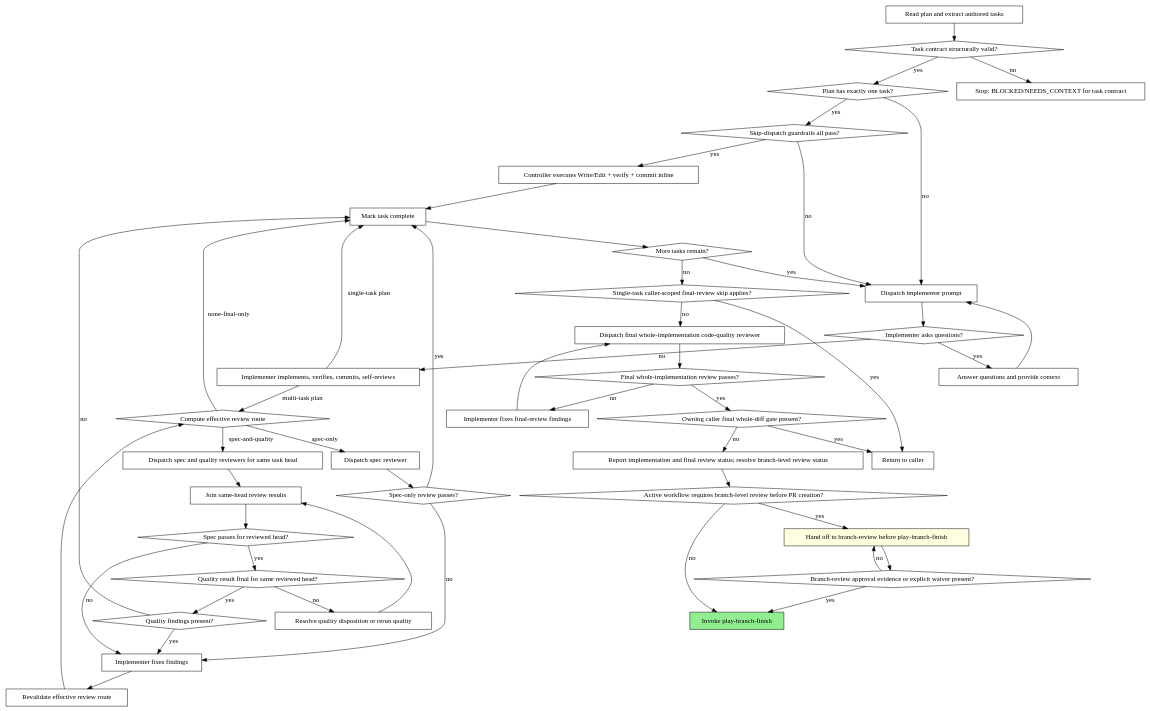
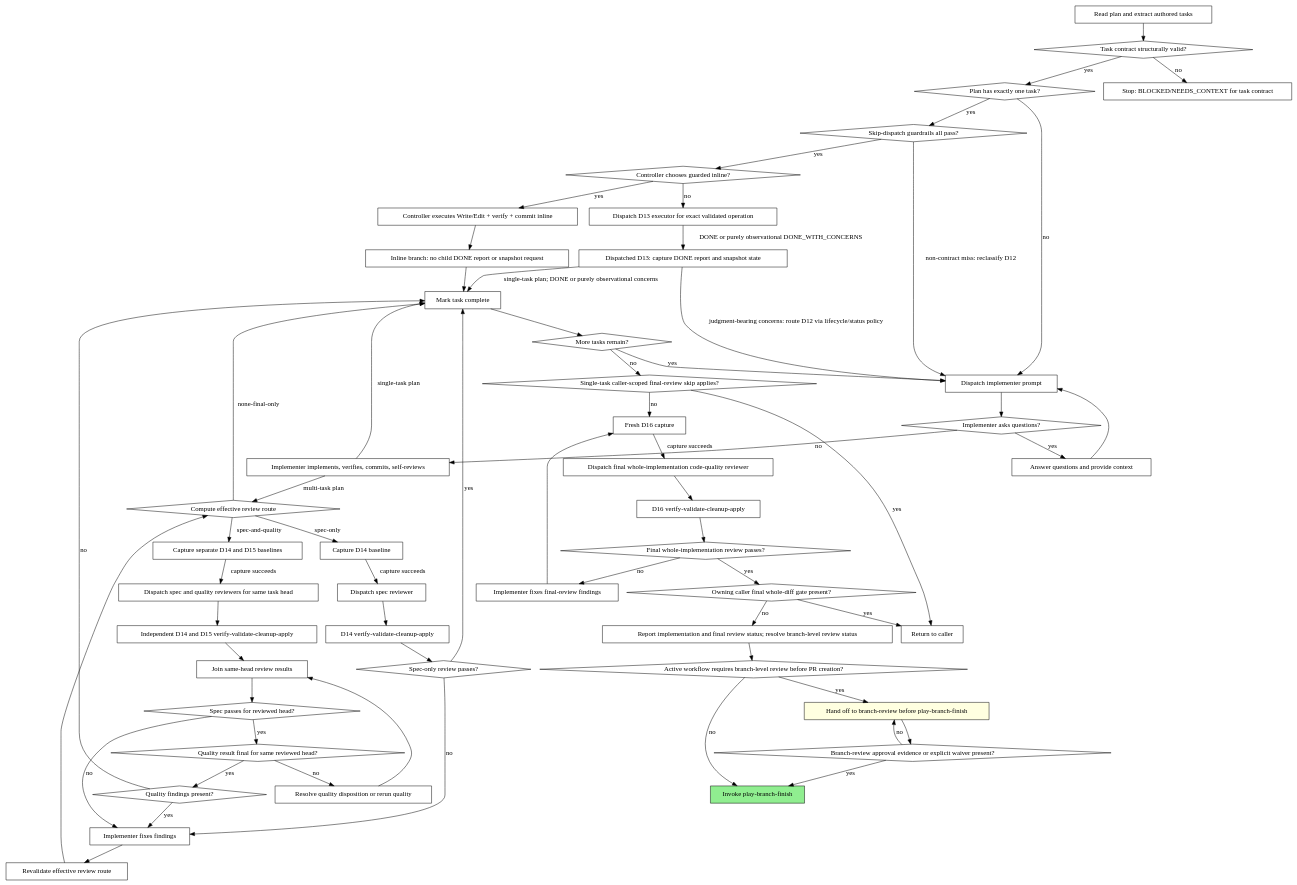
One commit to ryumiel/devcanon changed the second of 2 diagrams in skills/play-subagent-execution/references/process-diagrams.md. Above: the diagram before and after it, drawn with Graphviz. The commit also changed other lines of this file and 69 other files, not shown here.

```diff
--- a/skills/play-subagent-execution/references/process-diagrams.md
+++ b/skills/play-subagent-execution/references/process-diagrams.md
@@ -34,14 +36,22 @@
     "Task contract structurally valid?" [shape=diamond];
     "Plan has exactly one task?" [shape=diamond];
     "Skip-dispatch guardrails all pass?" [shape=diamond];
+    "Controller chooses guarded inline?" [shape=diamond];
     "Controller executes Write/Edit + verify + commit inline" [shape=box];
+    "Inline branch: no child DONE report or snapshot request" [shape=box];
+    "Dispatch D13 executor for exact validated operation" [shape=box];
+    "Dispatched D13: capture DONE report and snapshot state" [shape=box];
     "Dispatch implementer prompt" [shape=box];
     "Implementer asks questions?" [shape=diamond];
     "Answer questions and provide context" [shape=box];
     "Implementer implements, verifies, commits, self-reviews" [shape=box];
     "Compute effective review route" [shape=diamond];
     "Dispatch spec and quality reviewers for same task head" [shape=box];
+    "Capture separate D14 and D15 baselines" [shape=box];
+    "Independent D14 and D15 verify-validate-cleanup-apply" [shape=box];
+    "Capture D14 baseline" [shape=box];
     "Dispatch spec reviewer" [shape=box];
+    "D14 verify-validate-cleanup-apply" [shape=box];
     "Join same-head review results" [shape=box];
     "Spec-only review passes?" [shape=diamond];
     "Spec passes for reviewed head?" [shape=diamond];
@@ -54,6 +64,8 @@
     "More tasks remain?" [shape=diamond];
     "Single-task caller-scoped final-review skip applies?" [shape=diamond];
     "Dispatch final whole-implementation code-quality reviewer" [shape=box];
+    "Fresh D16 capture" [shape=box];
+    "D16 verify-validate-cleanup-apply" [shape=box];
     "Final whole-implementation review passes?" [shape=diamond];
     "Implementer fixes final-review findings" [shape=box];
     "Owning caller final whole-diff gate present?" [shape=diamond];
@@ -69,8 +81,10 @@
     "Task contract structurally valid?" -> "Stop: BLOCKED/NEEDS_CONTEXT for task contract" [label="no"];
     "Task contract structurally valid?" -> "Plan has exactly one task?" [label="yes"];
     "Plan has exactly one task?" -> "Skip-dispatch guardrails all pass?" [label="yes"];
-    "Skip-dispatch guardrails all pass?" -> "Controller executes Write/Edit + verify + commit inline" [label="yes"];
-    "Skip-dispatch guardrails all pass?" -> "Dispatch implementer prompt" [label="no"];
+    "Skip-dispatch guardrails all pass?" -> "Controller chooses guarded inline?" [label="yes"];
+    "Controller chooses guarded inline?" -> "Controller executes Write/Edit + verify + commit inline" [label="yes"];
+    "Controller chooses guarded inline?" -> "Dispatch D13 executor for exact validated operation" [label="no"];
+    "Skip-dispatch guardrails all pass?" -> "Dispatch implementer prompt" [label="non-contract miss: reclassify D12"];
     "Plan has exactly one task?" -> "Dispatch implementer prompt" [label="no"];
     "Dispatch implementer prompt" -> "Implementer asks questions?";
     "Implementer asks questions?" -> "Answer questions and provide context" [label="yes"];
@@ -78,11 +92,18 @@
     "Implementer asks questions?" -> "Implementer implements, verifies, commits, self-reviews" [label="no"];
     "Implementer implements, verifies, commits, self-reviews" -> "Mark task complete" [label="single-task plan"];
     "Implementer implements, verifies, commits, self-reviews" -> "Compute effective review route" [label="multi-task plan"];
-    "Compute effective review route" -> "Dispatch spec and quality reviewers for same task head" [label="spec-and-quality"];
-    "Compute effective review route" -> "Dispatch spec reviewer" [label="spec-only"];
+    "Dispatch D13 executor for exact validated operation" -> "Dispatched D13: capture DONE report and snapshot state" [label="DONE or purely observational DONE_WITH_CONCERNS"];
+    "Dispatched D13: capture DONE report and snapshot state" -> "Mark task complete" [label="single-task plan; DONE or purely observational concerns"];
+    "Dispatched D13: capture DONE report and snapshot state" -> "Dispatch implementer prompt" [label="judgment-bearing concerns: route D12 via lifecycle/status policy"];
+    "Compute effective review route" -> "Capture separate D14 and D15 baselines" [label="spec-and-quality"];
+    "Capture separate D14 and D15 baselines" -> "Dispatch spec and quality reviewers for same task head" [label="capture succeeds"];
+    "Dispatch spec and quality reviewers for same task head" -> "Independent D14 and D15 verify-validate-cleanup-apply";
+    "Independent D14 and D15 verify-validate-cleanup-apply" -> "Join same-head review results";
+    "Compute effective review route" -> "Capture D14 baseline" [label="spec-only"];
+    "Capture D14 baseline" -> "Dispatch spec reviewer" [label="capture succeeds"];
     "Compute effective review route" -> "Mark task complete" [label="none-final-only"];
-    "Dispatch spec and quality reviewers for same task head" -> "Join same-head review results";
-    "Dispatch spec reviewer" -> "Spec-only review passes?";
+    "Dispatch spec reviewer" -> "D14 verify-validate-cleanup-apply";
+    "D14 verify-validate-cleanup-apply" -> "Spec-only review passes?";
     "Join same-head review results" -> "Spec passes for reviewed head?";
     "Spec-only review passes?" -> "Implementer fixes findings" [label="no"];
     "Spec-only review passes?" -> "Mark task complete" [label="yes"];
@@ -95,15 +116,18 @@
     "Quality findings present?" -> "Mark task complete" [label="no"];
     "Implementer fixes findings" -> "Revalidate effective review route";
     "Revalidate effective review route" -> "Compute effective review route";
-    "Controller executes Write/Edit + verify + commit inline" -> "Mark task complete";
+    "Controller executes Write/Edit + verify + commit inline" -> "Inline branch: no child DONE report or snapshot request";
+    "Inline branch: no child DONE report or snapshot request" -> "Mark task complete";
     "Mark task complete" -> "More tasks remain?";
     "More tasks remain?" -> "Dispatch implementer prompt" [label="yes"];
     "More tasks remain?" -> "Single-task caller-scoped final-review skip applies?" [label="no"];
     "Single-task caller-scoped final-review skip applies?" -> "Return to caller" [label="yes"];
-    "Single-task caller-scoped final-review skip applies?" -> "Dispatch final whole-implementation code-quality reviewer" [label="no"];
-    "Dispatch final whole-implementation code-quality reviewer" -> "Final whole-implementation review passes?";
+    "Single-task caller-scoped final-review skip applies?" -> "Fresh D16 capture" [label="no"];
+    "Fresh D16 capture" -> "Dispatch final whole-implementation code-quality reviewer" [label="capture succeeds"];
+    "Dispatch final whole-implementation code-quality reviewer" -> "D16 verify-validate-cleanup-apply";
+    "D16 verify-validate-cleanup-apply" -> "Final whole-implementation review passes?";
     "Final whole-implementation review passes?" -> "Implementer fixes final-review findings" [label="no"];
-    "Implementer fixes final-review findings" -> "Dispatch final whole-implementation code-quality reviewer";
+    "Implementer fixes final-review findings" -> "Fresh D16 capture";
     "Final whole-implementation review passes?" -> "Owning caller final whole-diff gate present?" [label="yes"];
     "Owning caller final whole-diff gate present?" -> "Return to caller" [label="yes"];
     "Owning caller final whole-diff gate present?" -> "Report implementation and final review status; resolve branch-level review status" [label="no"];
```
